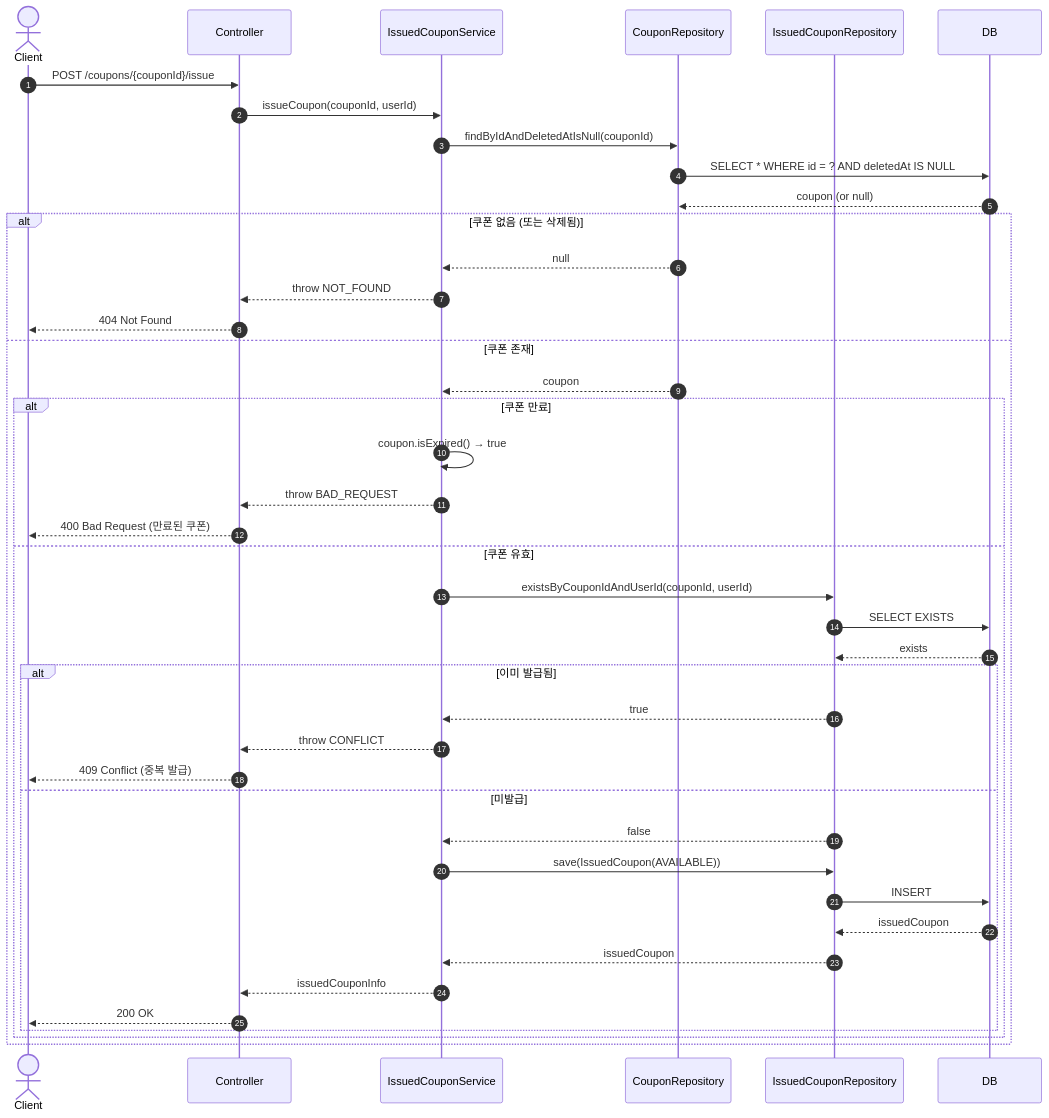
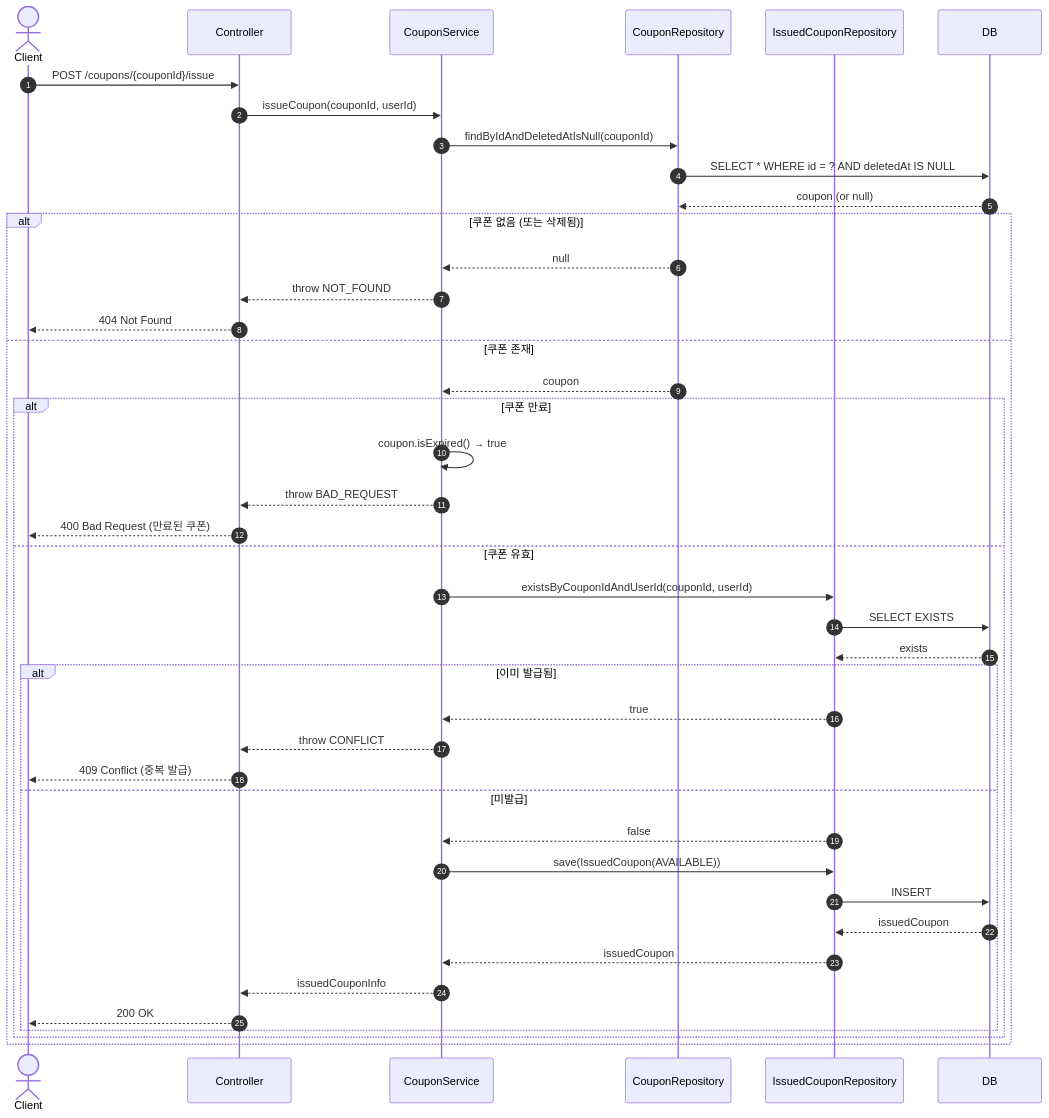
One commit to Loopers-dev-lab/loop-pack-be-l2-vol3-kotlin changed the seventh of 7 diagrams in docs/design/02-sequence-diagrams.md. Above: the diagram before and after it, drawn with Mermaid. The commit also changed other lines of this file and 1 other file, not shown here.

Commit message:
docs: 설계 문서에 쿠폰 적용 주문 흐름 추가
- 시퀀스 다이어그램에 쿠폰 적용 주문 플로우 추가
- 클래스 다이어그램에 Order-Coupon 연관 관계 반영

````diff
--- a/docs/design/02-sequence-diagrams.md
+++ b/docs/design/02-sequence-diagrams.md
@@ -512,49 +511,49 @@
 ```mermaid
 sequenceDiagram
     autonumber
     actor Client
     participant Controller
-    participant IssuedCouponService
+    participant CouponService
     participant CouponRepository
     participant IssuedCouponRepository
     participant DB
 
     Client->>Controller: POST /coupons/{couponId}/issue
-    Controller->>IssuedCouponService: issueCoupon(couponId, userId)
+    Controller->>CouponService: issueCoupon(couponId, userId)
 
-    IssuedCouponService->>CouponRepository: findByIdAndDeletedAtIsNull(couponId)
+    CouponService->>CouponRepository: findByIdAndDeletedAtIsNull(couponId)
     CouponRepository->>DB: SELECT * WHERE id = ? AND deletedAt IS NULL
     DB-->>CouponRepository: coupon (or null)
 
     alt 쿠폰 없음 (또는 삭제됨)
-        CouponRepository-->>IssuedCouponService: null
-        IssuedCouponService-->>Controller: throw NOT_FOUND
+        CouponRepository-->>CouponService: null
+        CouponService-->>Controller: throw NOT_FOUND
         Controller-->>Client: 404 Not Found
     else 쿠폰 존재
-        CouponRepository-->>IssuedCouponService: coupon
+        CouponRepository-->>CouponService: coupon
 
         alt 쿠폰 만료
-            IssuedCouponService->>IssuedCouponService: coupon.isExpired() → true
-            IssuedCouponService-->>Controller: throw BAD_REQUEST
+            CouponService->>CouponService: coupon.isExpired() → true
+            CouponService-->>Controller: throw BAD_REQUEST
             Controller-->>Client: 400 Bad Request (만료된 쿠폰)
         else 쿠폰 유효
-            IssuedCouponService->>IssuedCouponRepository: existsByCouponIdAndUserId(couponId, userId)
+            CouponService->>IssuedCouponRepository: existsByCouponIdAndUserId(couponId, userId)
             IssuedCouponRepository->>DB: SELECT EXISTS
             DB-->>IssuedCouponRepository: exists
 
             alt 이미 발급됨
-                IssuedCouponRepository-->>IssuedCouponService: true
-                IssuedCouponService-->>Controller: throw CONFLICT
+                IssuedCouponRepository-->>CouponService: true
+                CouponService-->>Controller: throw CONFLICT
                 Controller-->>Client: 409 Conflict (중복 발급)
             else 미발급
-                IssuedCouponRepository-->>IssuedCouponService: false
-                IssuedCouponService->>IssuedCouponRepository: save(IssuedCoupon(AVAILABLE))
+                IssuedCouponRepository-->>CouponService: false
+                CouponService->>IssuedCouponRepository: save(IssuedCoupon(AVAILABLE))
                 IssuedCouponRepository->>DB: INSERT
                 DB-->>IssuedCouponRepository: issuedCoupon
-                IssuedCouponRepository-->>IssuedCouponService: issuedCoupon
-                IssuedCouponService-->>Controller: issuedCouponInfo
+                IssuedCouponRepository-->>CouponService: issuedCoupon
+                CouponService-->>Controller: issuedCouponInfo
                 Controller-->>Client: 200 OK
             end
         end
     end
 ```
````
